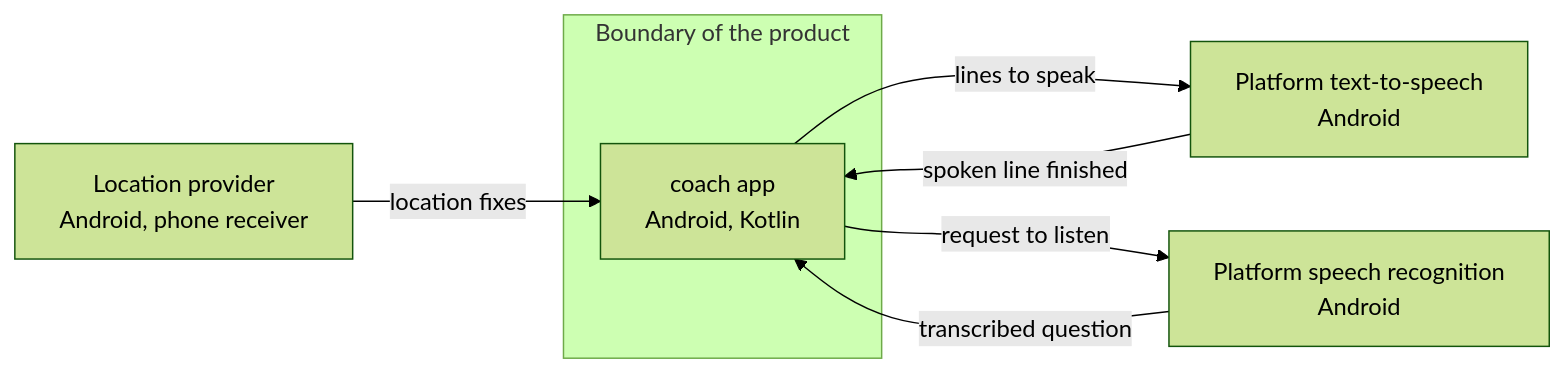
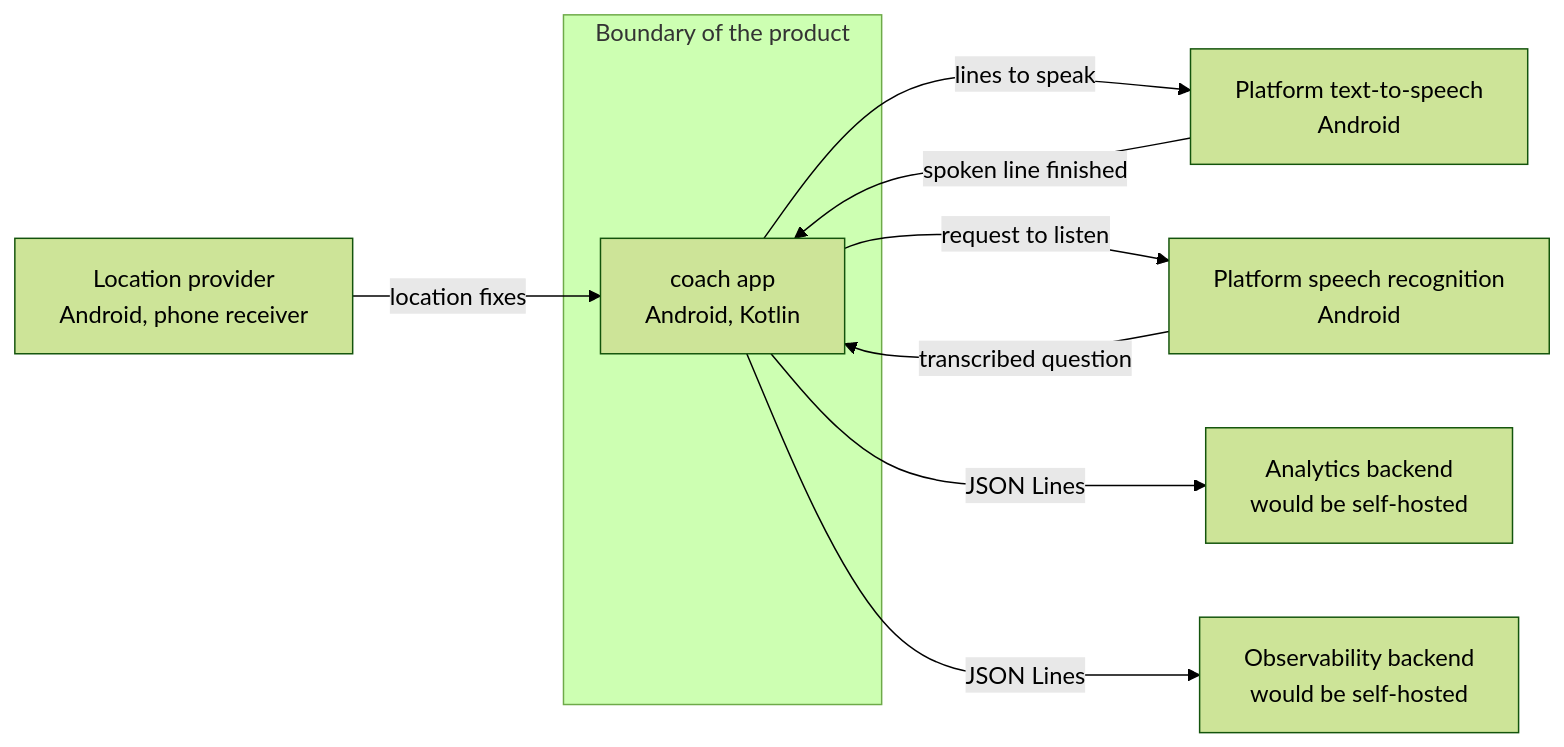
One commit to Running-Coach-App/running-coach-app changed the diagram in docs/architecture/container.mmd. Above: the diagram before and after it, drawn with Mermaid (forest theme). The commit also changed 6 other files, not shown here.

Commit message:
Record the analytics and observability ADRs and show the backends as external systems.

```diff
--- a/docs/architecture/container.mmd
+++ b/docs/architecture/container.mmd
@@ -1,14 +1,18 @@
 flowchart LR
     subgraph boundary["Boundary of the product"]
         app["coach app<br/>Android, Kotlin"]
     end
 
     tts["Platform text-to-speech<br/>Android"]
     asr["Platform speech recognition<br/>Android"]
     gnss["Location provider<br/>Android, phone receiver"]
+    analytics["Analytics backend<br/>would be self-hosted"]
+    observability["Observability backend<br/>would be self-hosted"]
 
     app -->|"lines to speak"| tts
     tts -->|"spoken line finished"| app
     app -->|"request to listen"| asr
     asr -->|"transcribed question"| app
     gnss -->|"location fixes"| app
+    app -->|"JSON Lines"| analytics
+    app -->|"JSON Lines"| observability
```
